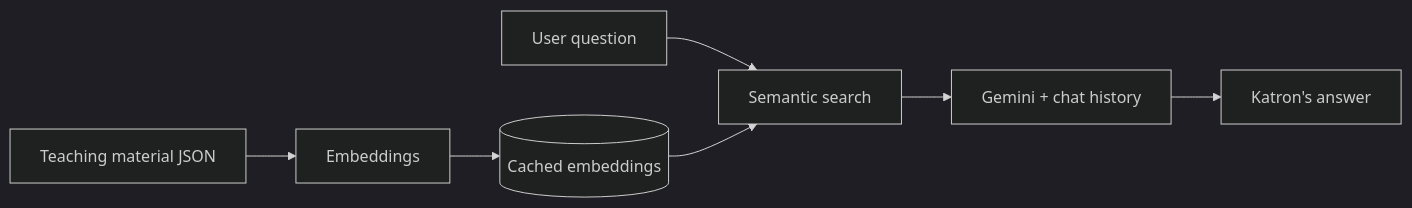
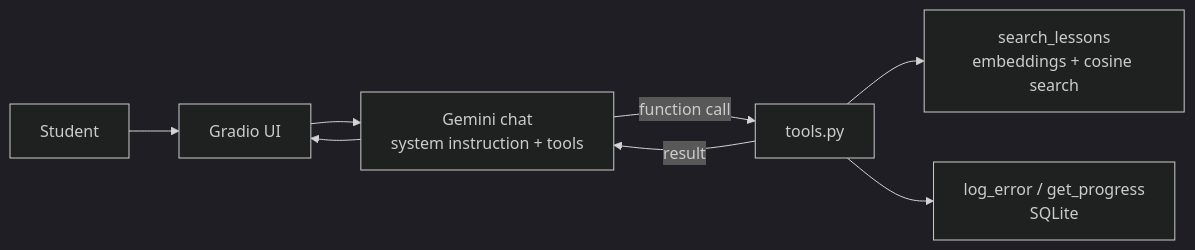
One commit to giugonzales07/AILanguageTutor changed the diagram in README.md. Above: the diagram before and after it, drawn with Mermaid (dark theme). The commit also changed other lines of this file, not shown here.

Commit message:
Rewrite README with demo, architecture, evaluation and design decisions

````diff
--- a/README.md
+++ b/README.md
@@ -13,9 +25,10 @@
 ```mermaid
 flowchart LR
-    A[Teaching material JSON] --> B[Embeddings]
-    B --> C[(Cached embeddings)]
-    D[User question] --> E[Semantic search]
-    C --> E
-    E --> F[Gemini + chat history]
-    F --> G[Katron's answer]
+    U[Student] --> G[Gradio UI]
+    G --> A[Gemini chat<br/>system instruction + tools]
+    A -- function call --> T[tools.py]
+    T --> R[search_lessons<br/>embeddings + cosine search]
+    T --> L[log_error / get_progress<br/>SQLite]
+    T -- result --> A
+    A --> G
 ```
````
